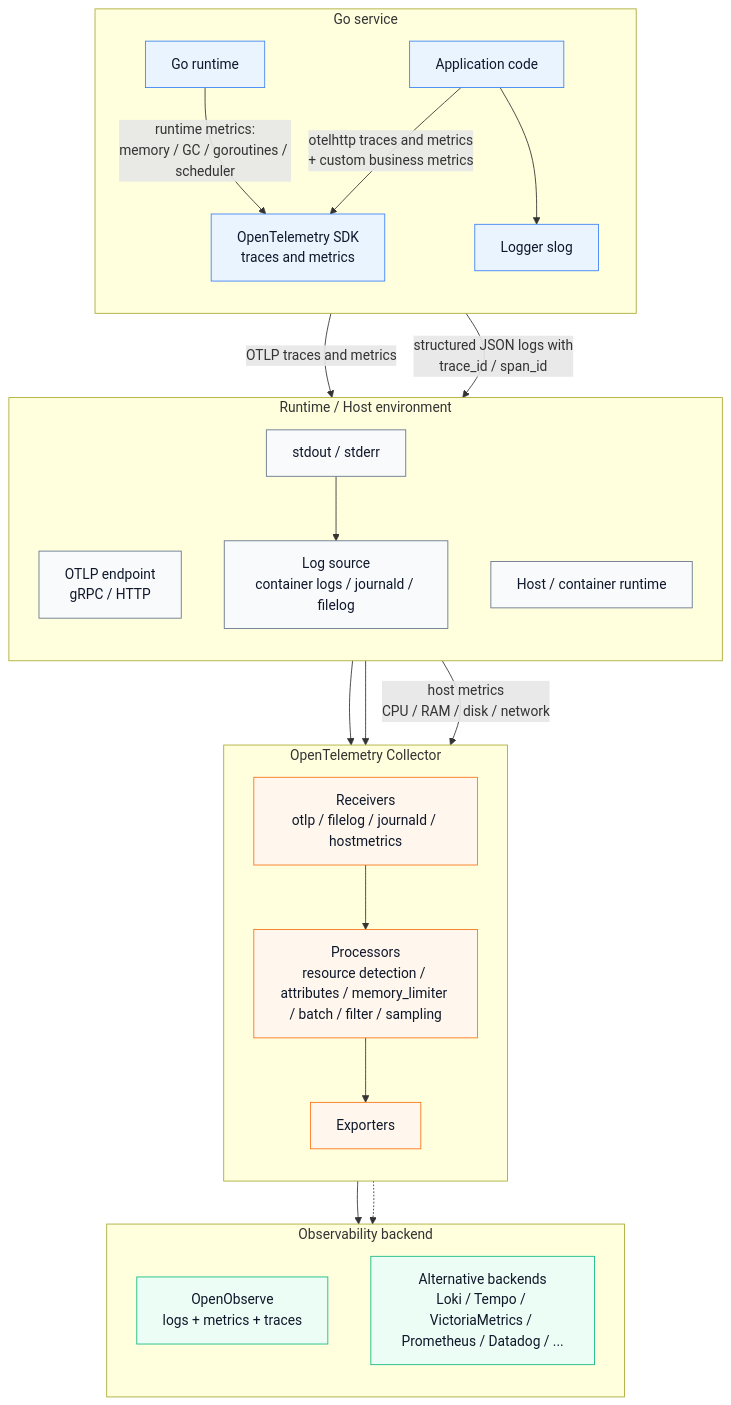
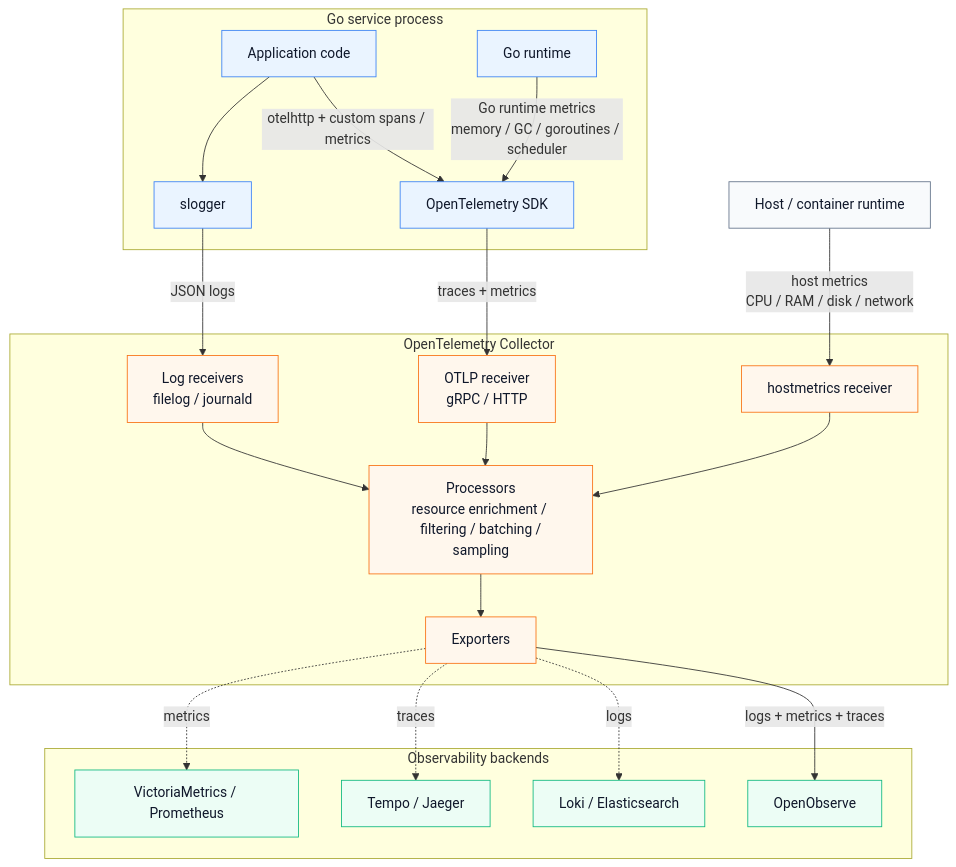
One commit to LeKovr/go-kit changed the diagram in observability/architecture.md. Above: the diagram before and after it, drawn with Mermaid. The commit also changed other lines of this file, not shown here.

Commit message:
upd architecture doc

````diff
--- a/observability/architecture.md
+++ b/observability/architecture.md
@@ -9,58 +11,53 @@
 ```mermaid
 flowchart TB
-    subgraph app_layer["Go service"]
-        direction TB
+    subgraph app_layer["Go service process"]
         app["Application code"]
         runtime["Go runtime"]
-        otel["OpenTelemetry SDK<br/>traces and metrics"]
-        logger["Logger slog"]
+        otel["OpenTelemetry SDK"]
+        logger["slogger"]
 
-        app --> |"otelhttp traces and metrics<br> + custom business metrics"| otel
-        runtime -->|"runtime metrics:<br/>memory / GC / goroutines / scheduler"| otel
+        app --> |"otelhttp + custom spans / metrics"| otel
+        runtime -->|"Go runtime metrics<br/>memory / GC / goroutines / scheduler"| otel
         app --> logger
     end
 
-    subgraph runtime_layer["Runtime / Host environment"]
-        direction TB
-        otlp["OTLP endpoint<br/>gRPC / HTTP"]
-        stdout["stdout / stderr"]
-        log_source["Log source<br/>container logs / journald / filelog"]
-        host["Host / container runtime"]
-
-        stdout --> log_source
-    end
+    host["Host / container runtime"]
 
     subgraph collector_layer["OpenTelemetry Collector"]
-        direction TB
-        receivers["Receivers<br/>otlp / filelog / journald / hostmetrics"]
-        processors["Processors<br/>resource detection / attributes / memory_limiter / batch / filter / sampling"]
+        otlp_receiver["OTLP receiver<br/>gRPC / HTTP"]
+        log_receiver["Log receivers<br/>filelog / journald"]
+        hostmetrics_receiver["hostmetrics receiver"]
+        processors["Processors<br/>resource enrichment / <br/> filtering / batching / sampling"]
         exporters["Exporters"]
 
-        receivers --> processors
+        otlp_receiver --> processors
+        log_receiver --> processors
+        hostmetrics_receiver --> processors
         processors --> exporters
     end
 
-    subgraph backend_layer["Observability backend"]
-        direction TB
-        openobserve["OpenObserve<br/>logs + metrics + traces"]
-        other["Alternative backends<br/>Loki / Tempo / VictoriaMetrics / Prometheus / Datadog / ..."]
+    subgraph backend_layer["Observability backends"]
+        openobserve["OpenObserve"]
+        logs_backend["Loki / Elasticsearch"]
+        traces_backend["Tempo / Jaeger"]
+        metrics_backend["VictoriaMetrics / Prometheus"]
     end
 
-    otel -->|"OTLP traces and metrics"| otlp
-    logger -->|"structured JSON logs with<br/>trace_id / span_id"| stdout
-    otlp --> receivers
-    log_source --> receivers
-    host -->|"host metrics<br/>CPU / RAM / disk / network"| receivers
-    exporters --> openobserve
-    exporters -.-> other
+    otel -->|"traces + metrics"| otlp_receiver
+    logger -->|"JSON logs"| log_receiver
+    host -->|"host metrics<br/>CPU / RAM / disk / network"| hostmetrics_receiver
+    exporters -->|"logs + metrics + traces"| openobserve
+    exporters -.->|"logs"| logs_backend
+    exporters -.->|"traces"| traces_backend
+    exporters -.->|"metrics"| metrics_backend
 
     classDef app fill:#eaf4ff,stroke:#3b82f6,color:#0f172a
     classDef boundary fill:#f8fafc,stroke:#64748b,color:#0f172a
     classDef collector fill:#fff7ed,stroke:#f97316,color:#0f172a
     classDef backend fill:#ecfdf5,stroke:#10b981,color:#0f172a
 
     class app,otel,runtime,logger app
-    class otlp,stdout,log_source,host boundary
-    class receivers,processors,exporters collector
-    class openobserve,other backend
+    class host boundary
+    class otlp_receiver,log_receiver,hostmetrics_receiver,processors,exporters collector
+    class openobserve,logs_backend,traces_backend,metrics_backend backend
 ```
````
